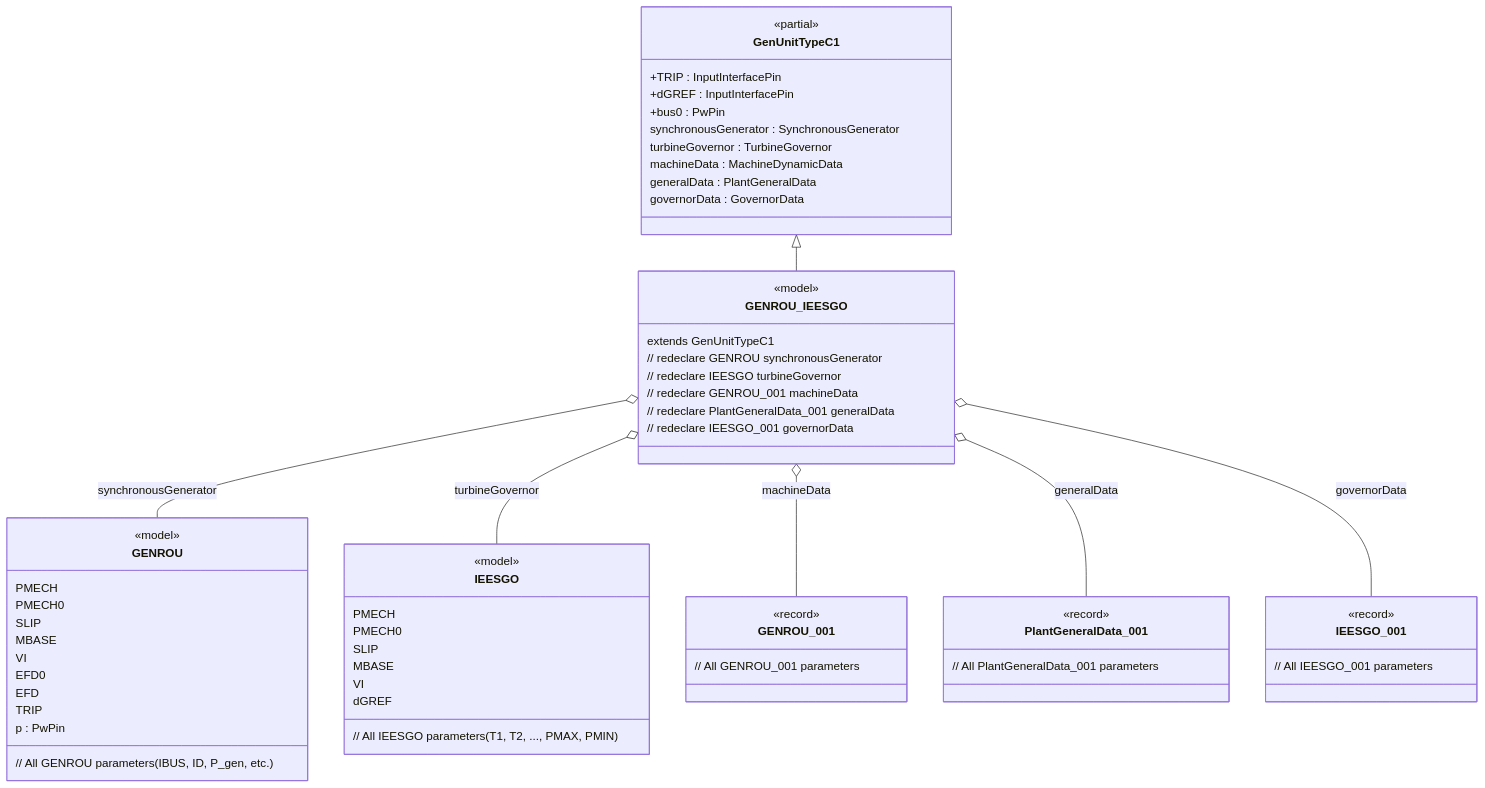
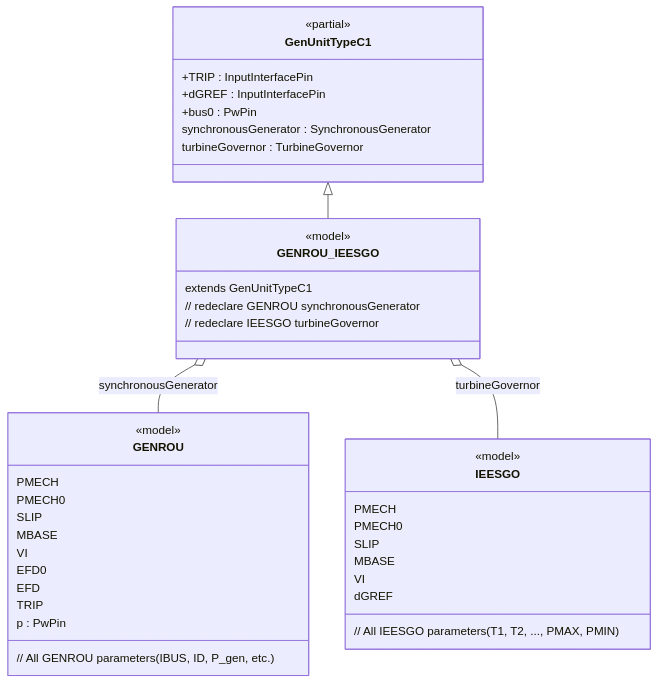
Before and after one commit to Opal-RT-Technologies/ephasorsim-modelica-library: the fourth of 4 diagrams in modelica/OpalRT/docs/TypeC.md, drawn with Mermaid. The commit also changed other lines of this file and 56 other files, not shown here.

```diff
--- a/modelica/OpalRT/docs/TypeC.md
+++ b/modelica/OpalRT/docs/TypeC.md
@@ -186,9 +168,6 @@
     +bus0 : PwPin
     synchronousGenerator : SynchronousGenerator
     turbineGovernor : TurbineGovernor
-    machineData : MachineDynamicData
-    generalData : PlantGeneralData
-    governorData : GovernorData
   }
 
   %% Concrete Model
@@ -197,9 +176,6 @@
     extends GenUnitTypeC1
     // redeclare GENROU synchronousGenerator
     // redeclare IEESGO turbineGovernor
-    // redeclare GENROU_001 machineData
-    // redeclare PlantGeneralData_001 generalData
-    // redeclare IEESGO_001 governorData
   }
 
   %% Synchronous Generator
@@ -229,27 +205,10 @@
     dGREF
   }
 
-  %% Data Records
-  class GENROU_001 {
-    <<record>>
-    // All GENROU_001 parameters
-  }
-  class PlantGeneralData_001 {
-    <<record>>
-    // All PlantGeneralData_001 parameters
-  }
-  class IEESGO_001 {
-    <<record>>
-    // All IEESGO_001 parameters
-  }
-
   %% Relationships
   GenUnitTypeC1 <|-- GENROU_IEESGO
   GENROU_IEESGO o-- GENROU : synchronousGenerator
   GENROU_IEESGO o-- IEESGO : turbineGovernor
-  GENROU_IEESGO o-- GENROU_001 : machineData
-  GENROU_IEESGO o-- PlantGeneralData_001 : generalData
-  GENROU_IEESGO o-- IEESGO_001 : governorData
 
   %% Main Signal Connections (as comments)
   %% - TRIP --> synchronousGenerator.TRIP
```
